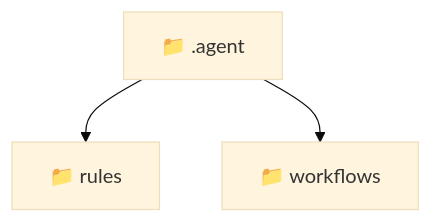
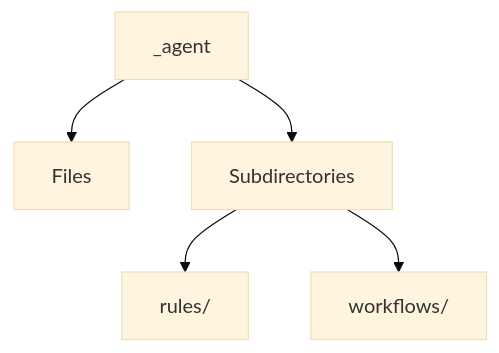
Before and after one commit to beginwebdev2002/fullstack-mavluda: the diagram in .agent/README.md, drawn with Mermaid (base theme). The commit also changed other lines of this file and 167 other files, not shown here.

````diff
--- a/.agent/README.md
+++ b/.agent/README.md
@@ -9,6 +12,7 @@
 ```mermaid
 graph TD
-  Root["📁 .agent"]
-  Root --> rules["📁 rules"]
-  Root --> workflows["📁 workflows"]
+  _agent --> Files
+  _agent --> Subdirectories
+  Subdirectories --> rules[rules/]
+  Subdirectories --> workflows[workflows/]
 ```
````
